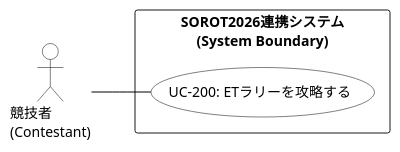
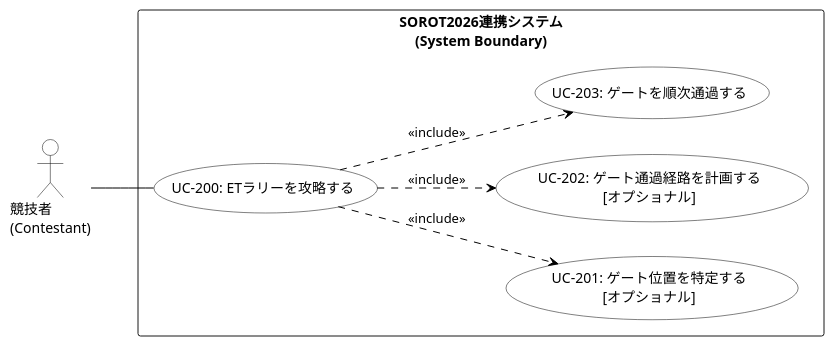
The diagram in content/06_etrobokon2026_agy/要求モデル/02p_UMLユースケース図_PlantUML.md (darts-cloud/note), drawn with PlantUML before and after one commit. The commit also changed other lines of this file and 3 other files, not shown here.

````diff
--- a/content/06_etrobokon2026_agy/要求モデル/02p_UMLユースケース図_PlantUML.md
+++ b/content/06_etrobokon2026_agy/要求モデル/02p_UMLユースケース図_PlantUML.md
@@ -16,33 +20,39 @@
 ```plantuml
 @startuml
 left to right direction
 skinparam packageStyle rect
 skinparam shadowing false
 skinparam monochrome true
 
 ' スタイルの微調整 (プレミアムデザインに調和するシンプルなモノトーン)
 skinparam usecase {
     BackgroundColor white
     BorderColor black
     ArrowColor black
 }
 skinparam actor {
     BackgroundColor white
     BorderColor black
 }
 
 ' アクターの定義 (唯一の主アクター)
 actor "競技者\n(Contestant)" as Contestant
 
 ' システム境界とユースケースの定義
 rectangle "SOROT2026連携システム\n(System Boundary)" {
     usecase "UC-200: ETラリーを攻略する" as UC200
+    usecase "UC-201: ゲート位置を特定する\n[オプショナル]" as UC201
+    usecase "UC-202: ゲート通過経路を計画する\n[オプショナル]" as UC202
+    usecase "UC-203: ゲートを順次通過する" as UC203
 }
 
 ' アソシエーション (主アクターから最上位UCへの一本化)
 Contestant -- UC200
 
-' ユースケース間の関係性はUC-200に統合されたため不要
+' 包含関係 (Include) の定義
+UC200 ..> UC201 : <<include>>
+UC200 ..> UC202 : <<include>>
+UC200 ..> UC203 : <<include>>
 
 @enduml
 ```
````
